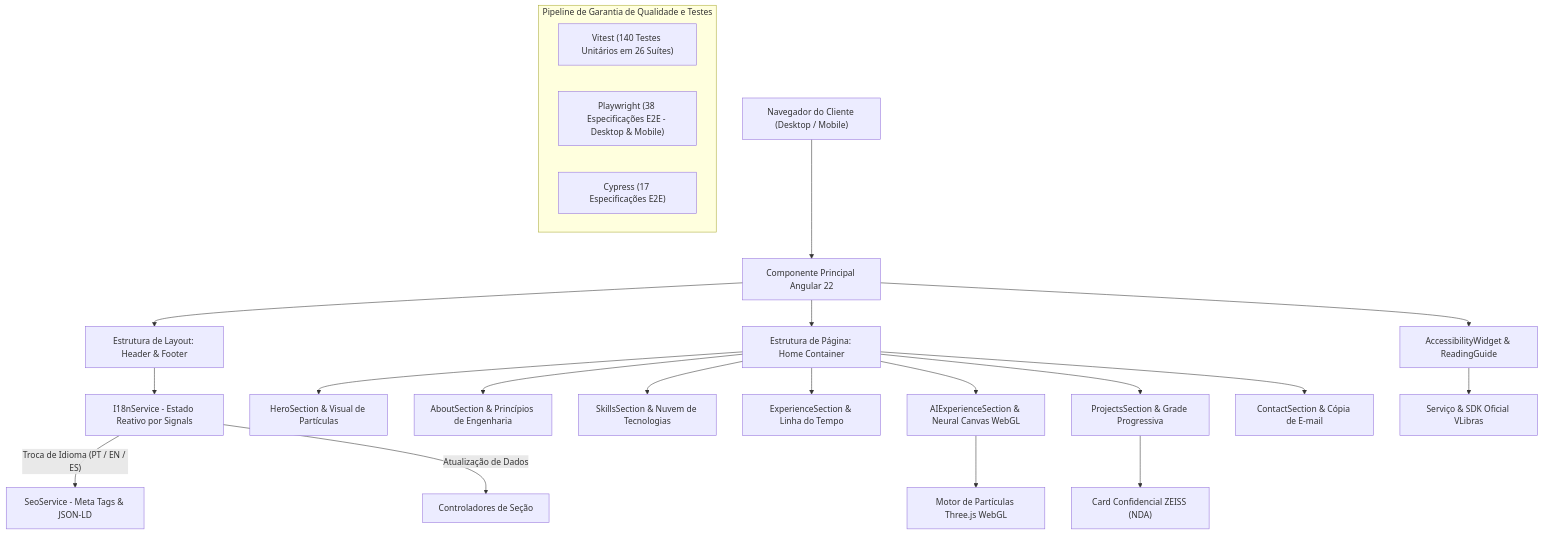
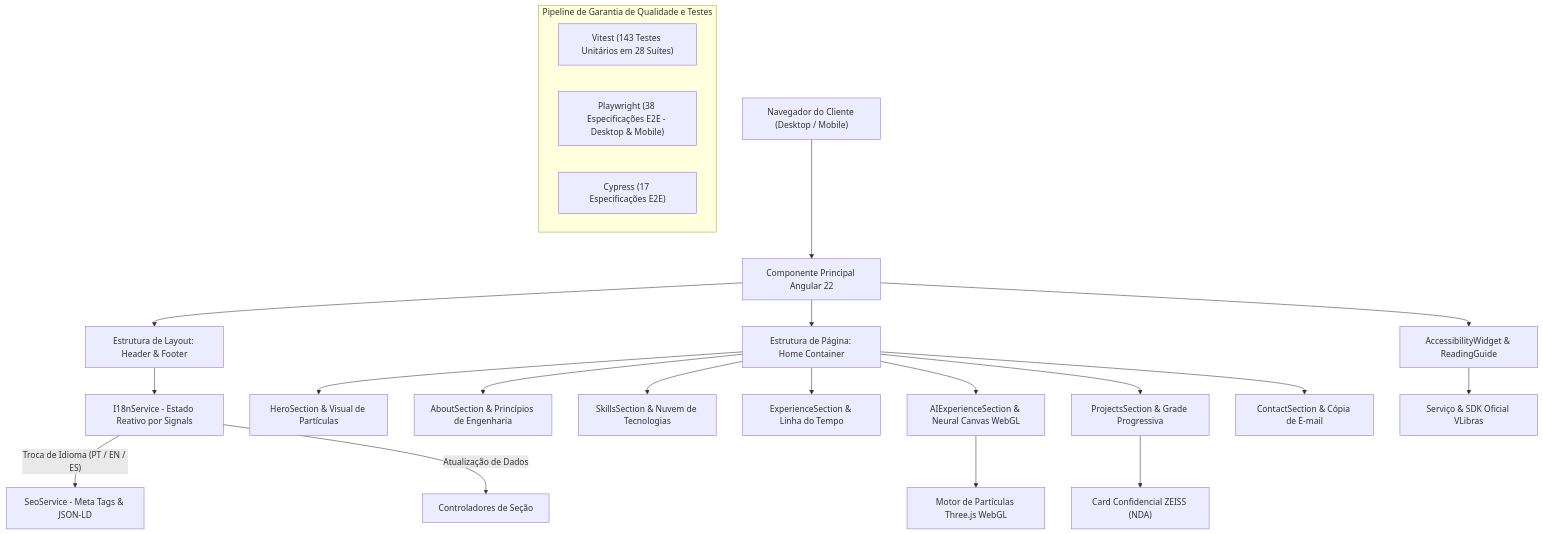
The second of 2 diagrams in README.md (DevYuriVieira/portfolio), drawn with Mermaid before and after one commit. The commit also changed other lines of this file, not shown here.

Commit message:
docs(readme): update universal accessibility engine to 21 features and vitest metrics

````diff
--- a/README.md
+++ b/README.md
@@ -501,30 +527,30 @@
 ```mermaid
 flowchart TD
     A["Navegador do Cliente (Desktop / Mobile)"] --> B["Componente Principal Angular 22"]
     
     B --> C["Estrutura de Layout: Header & Footer"]
     B --> D["Estrutura de Página: Home Container"]
     
     C --> E["I18nService - Estado Reativo por Signals"]
     E -- "Troca de Idioma (PT / EN / ES)" --> F["SeoService - Meta Tags & JSON-LD"]
     E -- "Atualização de Dados" --> G["Controladores de Seção"]
     
     D --> H1["HeroSection & Visual de Partículas"]
     D --> H2["AboutSection & Princípios de Engenharia"]
     D --> H3["SkillsSection & Nuvem de Tecnologias"]
     D --> H4["ExperienceSection & Linha do Tempo"]
     D --> H5["AIExperienceSection & Neural Canvas WebGL"]
     D --> H6["ProjectsSection & Grade Progressiva"]
     D --> H7["ContactSection & Cópia de E-mail"]
     
     H5 --> I["Motor de Partículas Three.js WebGL"]
     H6 --> J["Card Confidencial ZEISS (NDA)"]
     B --> A11y["AccessibilityWidget & ReadingGuide"]
     A11y --> VLibras["Serviço & SDK Oficial VLibras"]
     
     subgraph "Pipeline de Garantia de Qualidade e Testes"
-        K1["Vitest (140 Testes Unitários em 26 Suítes)"]
+        K1["Vitest (143 Testes Unitários em 28 Suítes)"]
         K2["Playwright (38 Especificações E2E - Desktop & Mobile)"]
         K3["Cypress (17 Especificações E2E)"]
     end
 ```
````
